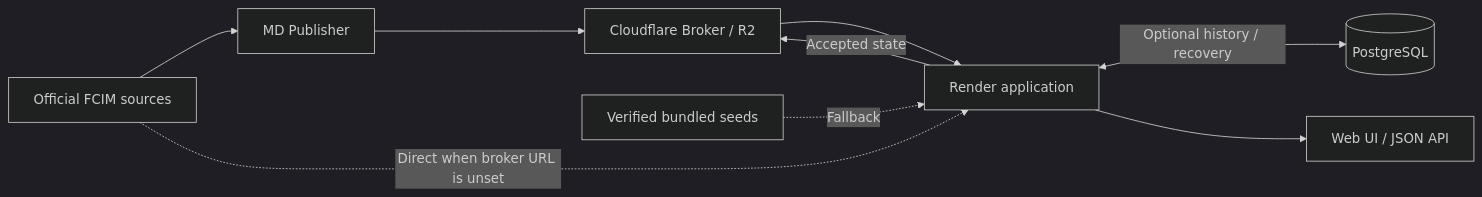
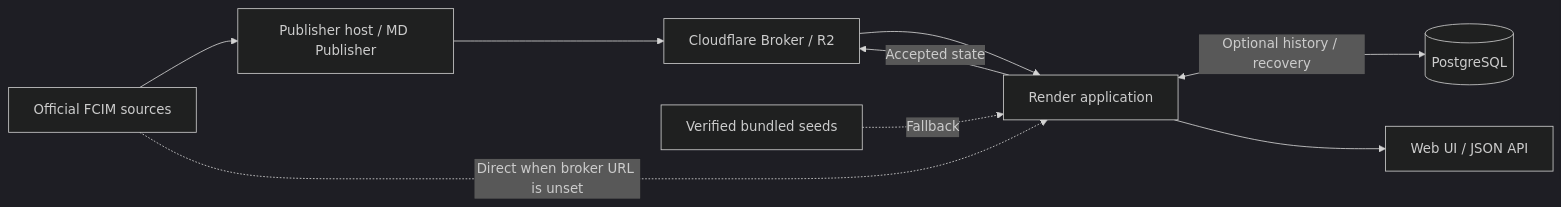
The diagram in README.md (barbalatv/utm-curs-i-orar-2027), drawn with Mermaid (dark theme) before and after one commit. The commit also changed other lines of this file and 12 other files, not shown here.

````diff
--- a/README.md
+++ b/README.md
@@ -90,11 +90,11 @@
 ```mermaid
 flowchart LR
-    FCIM[Official FCIM sources] --> Publisher[MD Publisher]
+    FCIM[Official FCIM sources] --> Publisher[Publisher host / MD Publisher]
     Publisher --> Broker[Cloudflare Broker / R2]
     Broker --> App[Render application]
     App -->|Accepted state| Broker
     FCIM -.->|Direct when broker URL is unset| App
     Seed[Verified bundled seeds] -.->|Fallback| App
     App <-->|Optional history / recovery| DB[(PostgreSQL)]
     App --> Readers[Web UI / JSON API]
 ```
````
